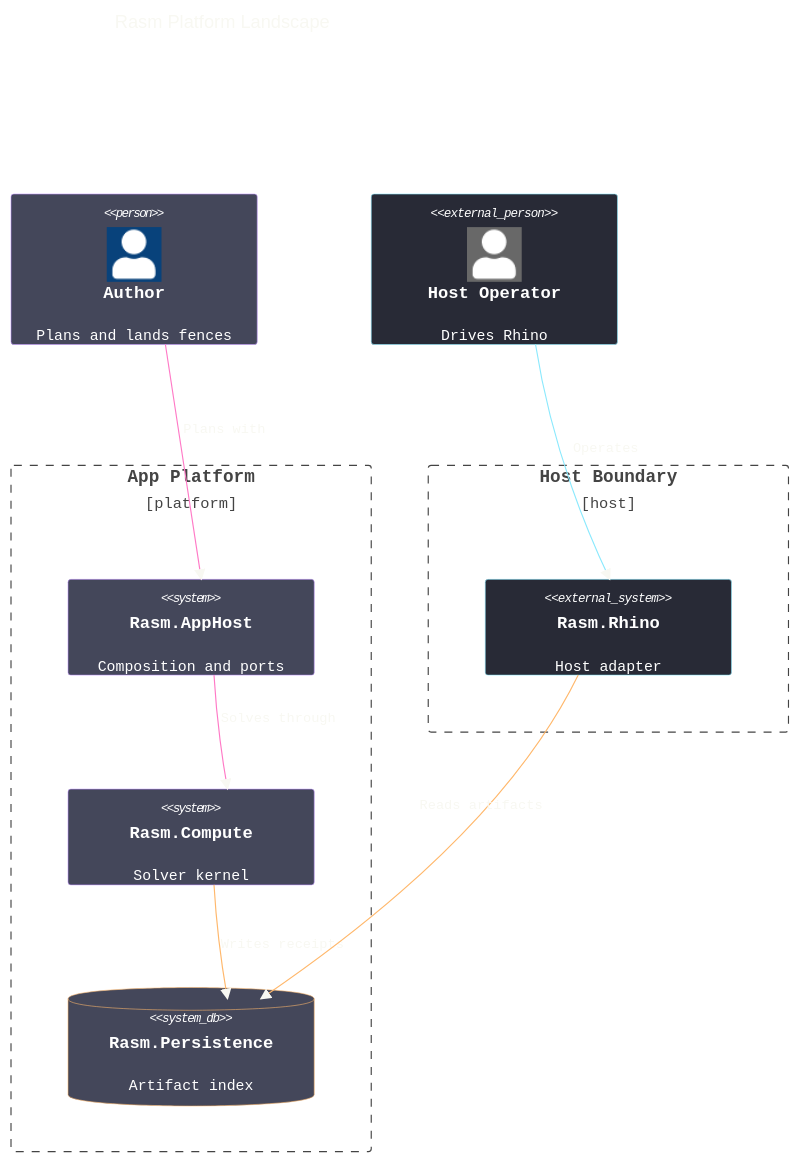
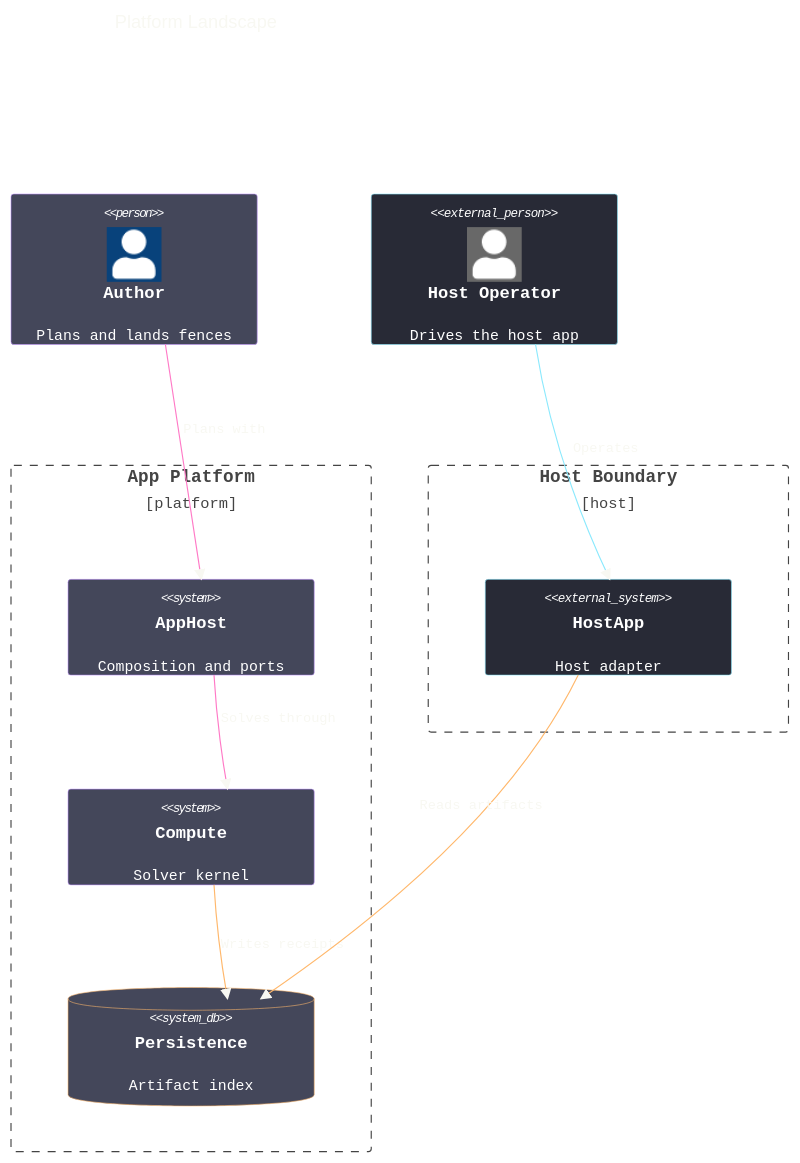
Before and after one commit to bsamiee/Rasm: the diagram in .claude/skills/mermaid-diagramming/templates/landscape.mmd.md, drawn with Mermaid. The commit also changed 134 other files, not shown here.

````diff
--- a/.claude/skills/mermaid-diagramming/templates/landscape.mmd.md
+++ b/.claude/skills/mermaid-diagramming/templates/landscape.mmd.md
@@ -5,68 +5,68 @@
 ```mermaid
 ---
 config:
   theme: base
   look: classic
   c4:
     c4ShapeInRow: 3
     c4ShapeMargin: 50
     c4BoundaryInRow: 2
     personFontFamily: "SF Mono, Menlo, Cascadia Mono, Segoe UI Mono, Consolas, monospace"
     personFontSize: 13
     external_personFontFamily: "SF Mono, Menlo, Cascadia Mono, Segoe UI Mono, Consolas, monospace"
     external_personFontSize: 13
     systemFontFamily: "SF Mono, Menlo, Cascadia Mono, Segoe UI Mono, Consolas, monospace"
     systemFontSize: 13
     system_dbFontFamily: "SF Mono, Menlo, Cascadia Mono, Segoe UI Mono, Consolas, monospace"
     system_dbFontSize: 13
     external_systemFontFamily: "SF Mono, Menlo, Cascadia Mono, Segoe UI Mono, Consolas, monospace"
     external_systemFontSize: 13
     boundaryFontFamily: "SF Mono, Menlo, Cascadia Mono, Segoe UI Mono, Consolas, monospace"
     boundaryFontSize: 13.5
     messageFontFamily: "SF Mono, Menlo, Cascadia Mono, Segoe UI Mono, Consolas, monospace"
     messageFontSize: 12
     person_bg_color: "#44475A"
     person_border_color: "#BD93F9"
     external_person_bg_color: "#282A36"
     external_person_border_color: "#8BE9FD"
     system_bg_color: "#44475A"
     system_border_color: "#BD93F9"
     system_db_bg_color: "#44475A"
     system_db_border_color: "#FFB86C"
     external_system_bg_color: "#282A36"
     external_system_border_color: "#8BE9FD"
   themeVariables:
     darkMode: true
     fontFamily: "SF Mono, Menlo, Cascadia Mono, Segoe UI Mono, Consolas, monospace"
     useGradient: false
     dropShadow: "none"
     textColor: "#F8F8F2"
     personBorder: "#BD93F9"
     personBkg: "#44475A"
   themeCSS: "rect[stroke='#444444']{stroke:#D6BCFA;stroke-dasharray:5 4}text[fill='#444444']{fill:#D6BCFA}[id$='-arrowhead'] path{fill:#FF79C6;transform:scale(.8);transform-origin:9px 5px}[id$='-arrowend'] path{fill:#FF79C6;transform:scale(.8);transform-origin:1px 5px}image{display:none}"
 ---
 C4Context
-  accTitle: Rasm platform landscape
-  accDescr: An author driving the app platform that solves through the compute kernel into an artifact store, serving a Rhino host operator through the host boundary.
-  title Rasm Platform Landscape
+  accTitle: Platform landscape
+  accDescr: An author driving the app platform that solves through the compute kernel into an artifact store, serving a host operator through the host boundary.
+  title Platform Landscape
   Person(author, "Author", "Plans and lands fences")
-  Person_Ext(operator, "Host Operator", "Drives Rhino")
+  Person_Ext(operator, "Host Operator", "Drives the host app")
   Boundary(platform, "App Platform", "platform") {
-    System(apphost, "Rasm.AppHost", "Composition and ports")
-    System(compute, "Rasm.Compute", "Solver kernel")
-    SystemDb(store, "Rasm.Persistence", "Artifact index")
+    System(apphost, "AppHost", "Composition and ports")
+    System(compute, "Compute", "Solver kernel")
+    SystemDb(store, "Persistence", "Artifact index")
   }
   Boundary(hostzone, "Host Boundary", "host") {
-    System_Ext(rhino, "Rasm.Rhino", "Host adapter")
+    System_Ext(hostapp, "HostApp", "Host adapter")
   }
   Rel(author, apphost, "Plans with")
   Rel(apphost, compute, "Solves through")
   Rel(compute, store, "Writes receipts")
-  Rel(rhino, store, "Reads artifacts")
-  Rel(operator, rhino, "Operates")
+  Rel(hostapp, store, "Reads artifacts")
+  Rel(operator, hostapp, "Operates")
   UpdateRelStyle(author, apphost, $textColor="#F8F8F2", $lineColor="#FF79C6", $offsetY="-30")
   UpdateRelStyle(apphost, compute, $textColor="#F8F8F2", $lineColor="#FF79C6", $offsetY="-14")
   UpdateRelStyle(compute, store, $textColor="#F8F8F2", $lineColor="#FFB86C")
-  UpdateRelStyle(rhino, store, $textColor="#F8F8F2", $lineColor="#FFB86C", $offsetY="-30")
-  UpdateRelStyle(operator, rhino, $textColor="#F8F8F2", $lineColor="#8BE9FD", $offsetY="-14")
+  UpdateRelStyle(hostapp, store, $textColor="#F8F8F2", $lineColor="#FFB86C", $offsetY="-30")
+  UpdateRelStyle(operator, hostapp, $textColor="#F8F8F2", $lineColor="#8BE9FD", $offsetY="-14")
 ```
````
